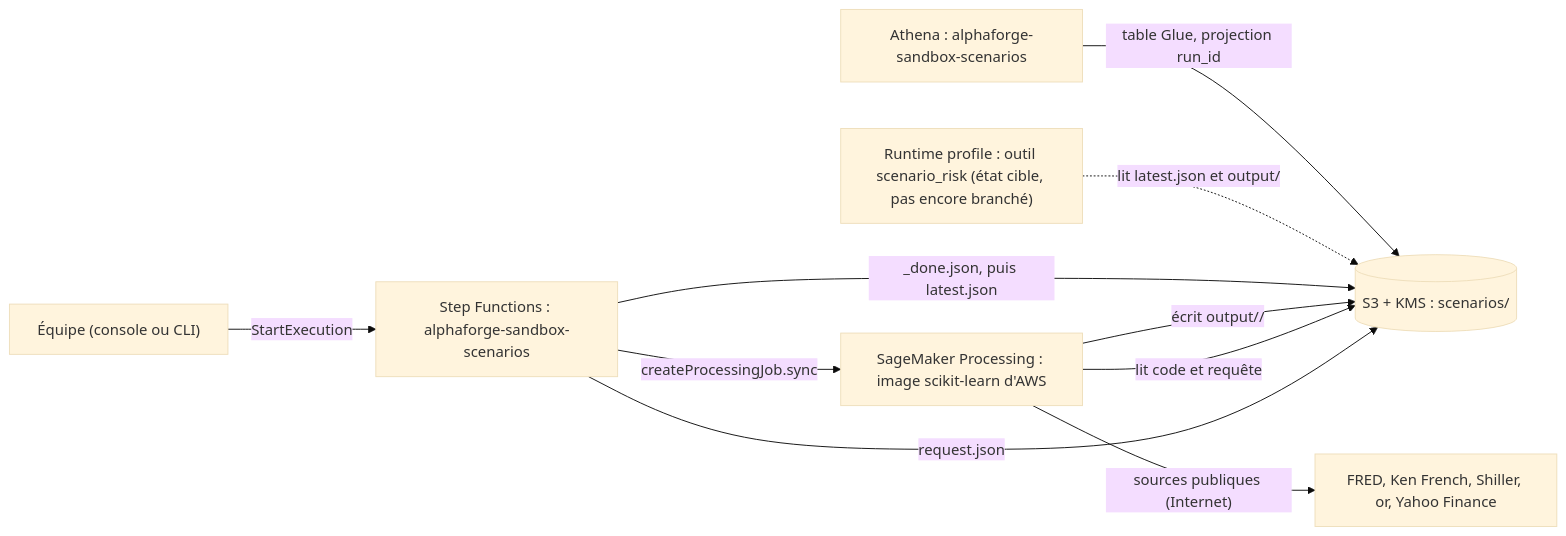
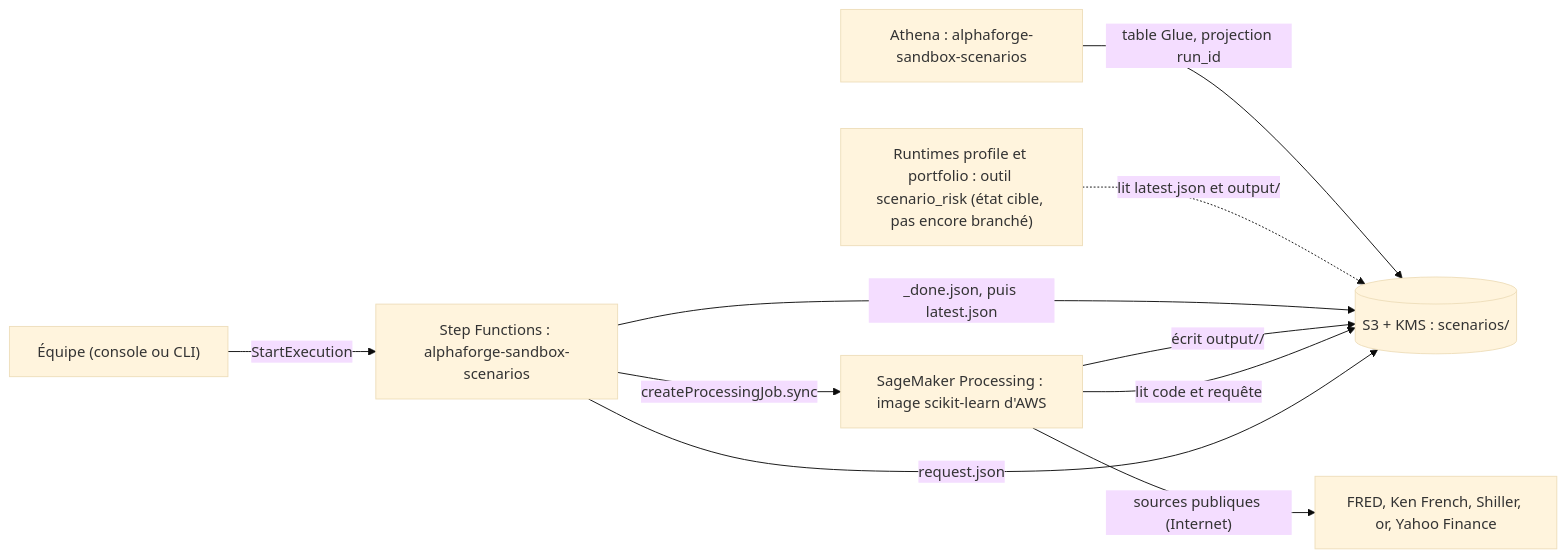
The third of 4 diagrams in app/CONTRACTS.md (sf-bit24/alphaforge-polyfinances-2026), drawn with Mermaid (base theme) before and after one commit. The commit also changed other lines of this file and 6 other files, not shown here.

````diff
--- a/app/CONTRACTS.md
+++ b/app/CONTRACTS.md
@@ -416,12 +416,12 @@
 ```mermaid
 flowchart LR
     U["Équipe (console ou CLI)"] -->|"StartExecution"| SF["Step Functions : alphaforge-sandbox-scenarios"]
     SF -->|"request.json"| S3[("S3 + KMS : scenarios/")]
     SF -->|"createProcessingJob.sync"| SM["SageMaker Processing : image scikit-learn d'AWS"]
     SM -->|"lit code et requête"| S3
     SM -->|"sources publiques (Internet)"| WEB["FRED, Ken French, Shiller, or, Yahoo Finance"]
     SM -->|"écrit output/<run_id>/"| S3
     SF -->|"_done.json, puis latest.json"| S3
-    P["Runtime profile : outil scenario_risk (état cible, pas encore branché)"] -.->|"lit latest.json et output/"| S3
+    P["Runtimes profile et portfolio : outil scenario_risk (état cible, pas encore branché)"] -.->|"lit latest.json et output/"| S3
     A["Athena : alphaforge-sandbox-scenarios"] -->|"table Glue, projection run_id"| S3
 ```
````
